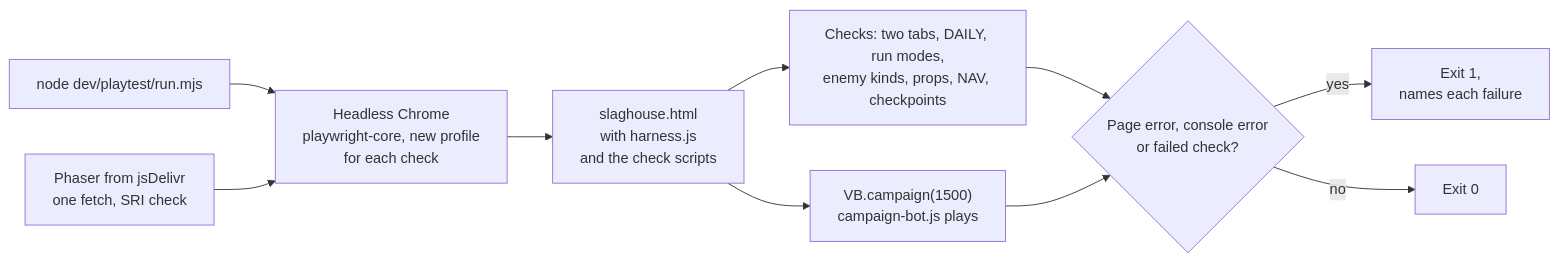
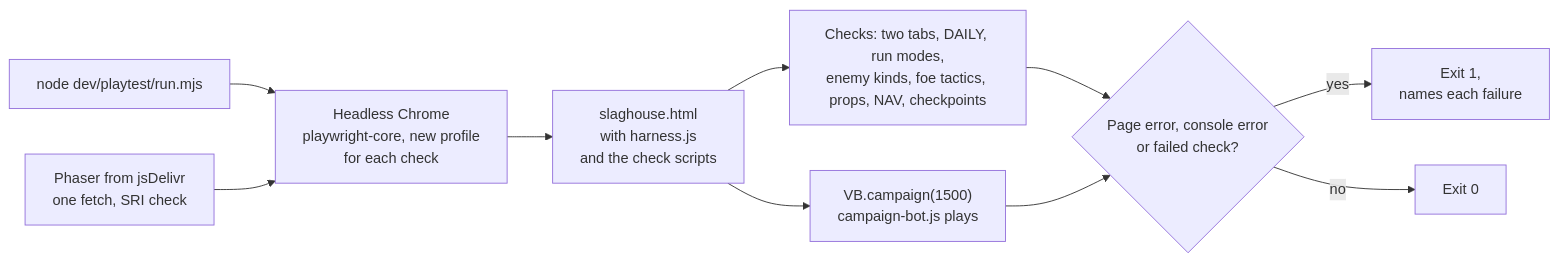
Diagram 12 of 12 in README.md (saworbit/slaghouse), drawn with Mermaid before and after one commit. The commit also changed other lines of this file and 9 other files, not shown here.

````diff
--- a/README.md
+++ b/README.md
@@ -726,12 +729,12 @@
 ```mermaid
 flowchart LR
   run["node dev/playtest/run.mjs"] --> chrome["Headless Chrome<br/>playwright-core, new profile<br/>for each check"]
   cdnp["Phaser from jsDelivr<br/>one fetch, SRI check"] --> chrome
   chrome --> page["slaghouse.html<br/>with harness.js<br/>and the check scripts"]
-  page --> checks["Checks: two tabs, DAILY, run modes,<br/>enemy kinds, props, NAV, checkpoints"]
+  page --> checks["Checks: two tabs, DAILY, run modes,<br/>enemy kinds, foe tactics, props, NAV, checkpoints"]
   page --> camp["VB.campaign(1500)<br/>campaign-bot.js plays"]
   checks --> res{"Page error, console error<br/>or failed check?"}
   camp --> res
   res -- "yes" --> fail["Exit 1,<br/>names each failure"]
   res -- "no" --> pass["Exit 0"]
 ```
````
